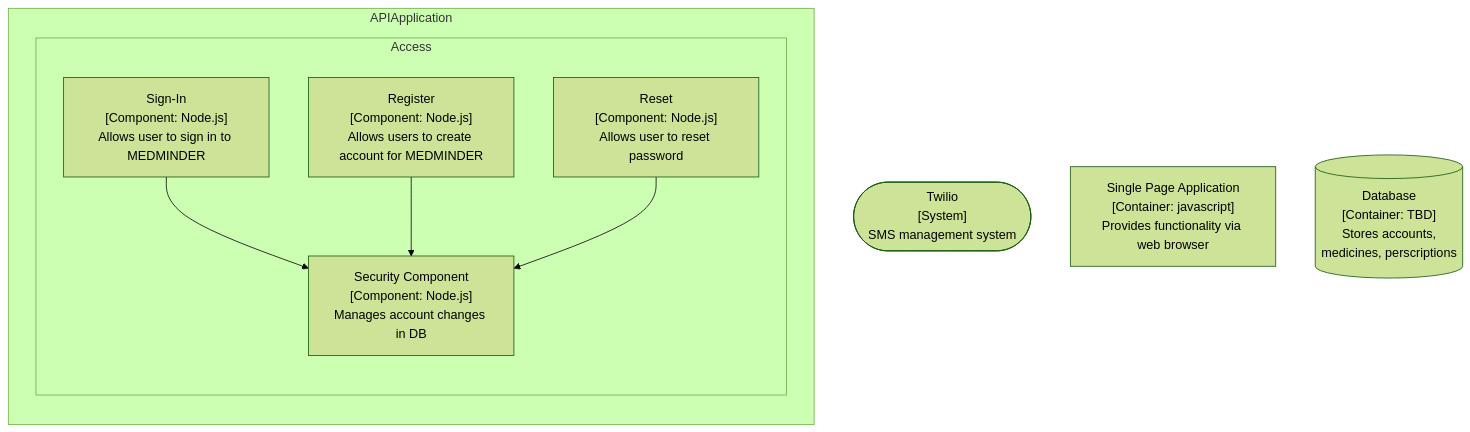
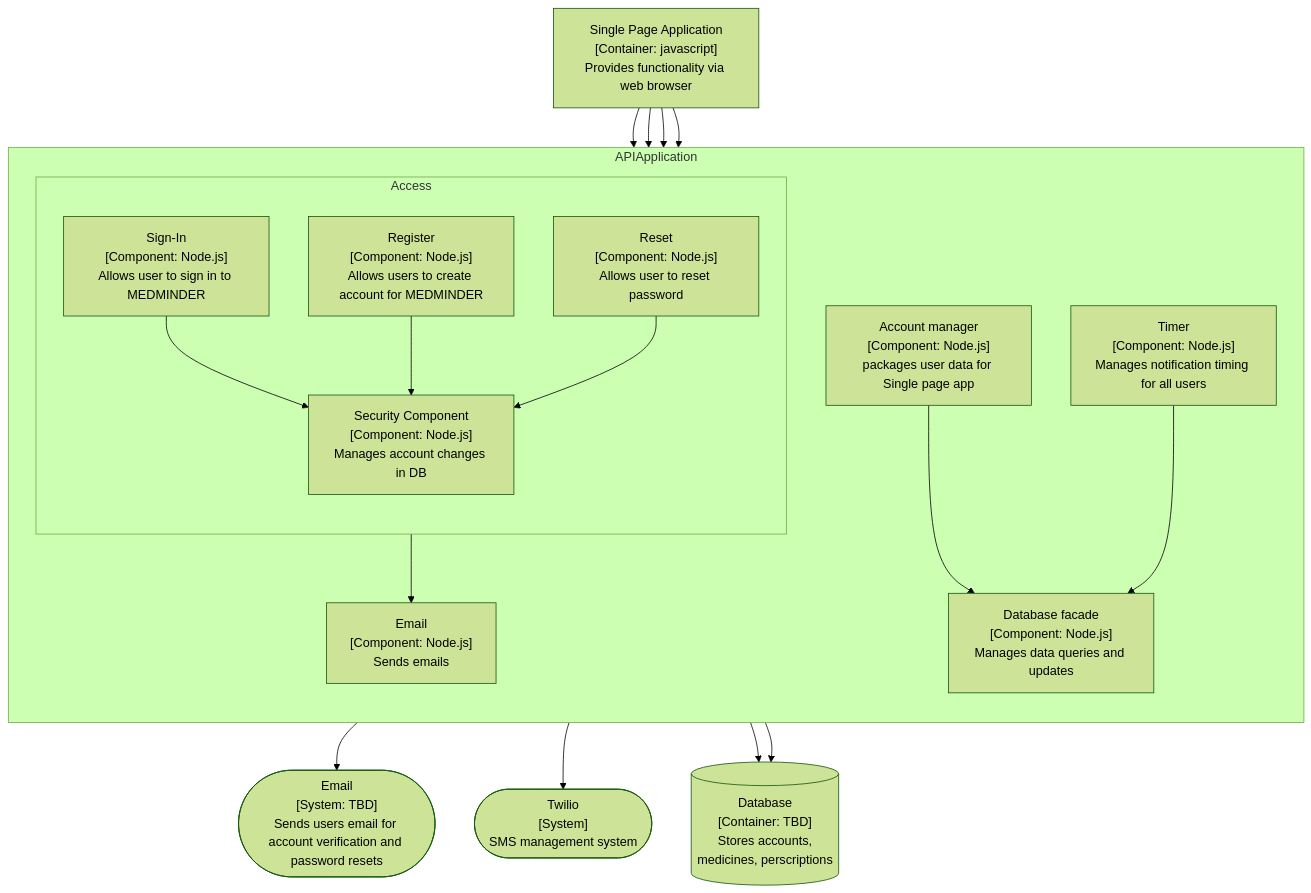
Before and after one commit to nop0x0f/COSC412_team1: the fifth of 7 diagrams in design/C4diagrams.md, drawn with Mermaid (forest theme).

Commit message:
Update C4diagrams.md
updated web api component diagram

````diff
--- a/design/C4diagrams.md
+++ b/design/C4diagrams.md
@@ -68,19 +68,35 @@
 ```mermaid
 flowchart TB
+Email(["Email<br/>[System: TBD]<br/>Sends users email for account verification and password resets"])
 Twilio(["Twilio<br/>[System]<br/>SMS management system"])
 single["Single Page Application<br/>[Container: javascript]<br/>Provides functionality via web browser"]
 db[("Database<br/>[Container: TBD]<br/>Stores accounts,<br/>medicines, perscriptions")]
   subgraph APIApplication
 	direction TB
+	Time["Timer<br/>[Component: Node.js]<br/>Manages notification timing for all users"]
+	Account["Account manager<br/>[Component: Node.js]<br/>packages user data for Single page app"]
+	Dbfacade["Database facade<br/>[Component: Node.js]<br/>Manages data queries and updates"]
 	subgraph Access
 		direction TB
 		Signin["Sign-In<br/>[Component: Node.js]<br/>Allows user to sign in to MEDMINDER"]
 		Signup["Register<br/>[Component: Node.js]<br/>Allows users to create account for MEDMINDER"]
 		Reset["Reset<br/>[Component: Node.js]<br/>Allows user to reset password"]
 		Security["Security Component<br/>[Component: Node.js]<br/>Manages account changes in DB"]
 		Signin --> Security
 		Signup --> Security
 		Reset --> Security
 	end
+	mail["Email<br/>[Component: Node.js]<br/>Sends emails"]
+	Reset --> mail
+	Account --> Dbfacade
   end
+mail --> Email
+Time --> Twilio
+Time --> Dbfacade
+Security --> db
+Dbfacade --> db
+single --> Signin
+single --> Reset
+single --> Signup
+single --> Account
 ```
````
